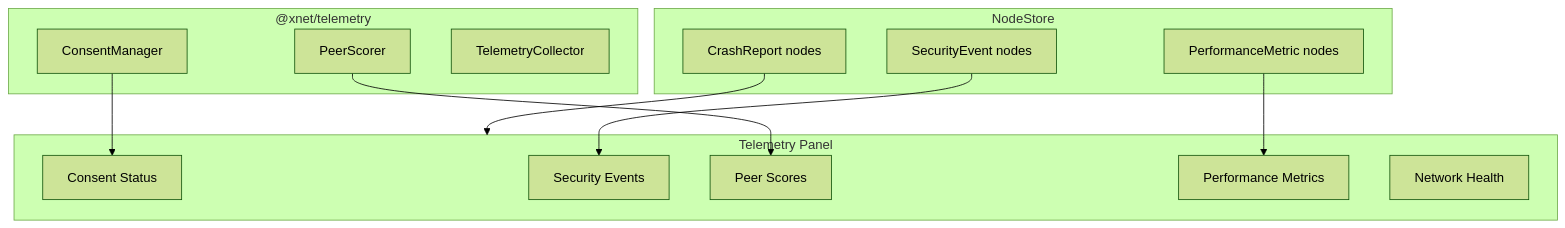
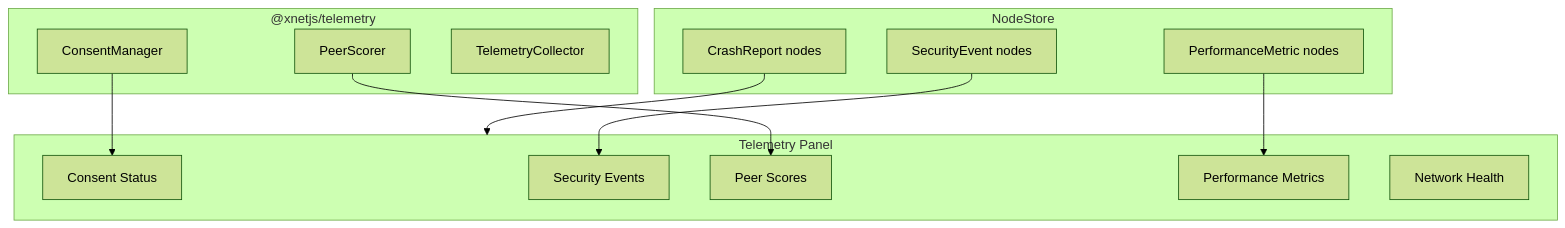
One commit to crs48/xNet changed the diagram in docs/plans/plan03_2_2DevTools/09-telemetry-panel.md. Above: the diagram before and after it, drawn with Mermaid (forest theme). The commit also changed other lines of this file and 980 other files, not shown here.

````diff
--- a/docs/plans/plan03_2_2DevTools/09-telemetry-panel.md
+++ b/docs/plans/plan03_2_2DevTools/09-telemetry-panel.md
@@ -24,28 +24,28 @@
 ```mermaid
 flowchart TB
-    subgraph TelemetryPackage["@xnet/telemetry"]
+    subgraph TelemetryPackage["@xnetjs/telemetry"]
         Consent["ConsentManager"]
         Scorer["PeerScorer"]
         Collector["TelemetryCollector"]
     end
 
     subgraph Store["NodeStore"]
         SecurityNodes["SecurityEvent nodes"]
         PerfNodes["PerformanceMetric nodes"]
         CrashNodes["CrashReport nodes"]
     end
 
     subgraph Panel["Telemetry Panel"]
         ConsentUI["Consent Status"]
         SecurityUI["Security Events"]
         PeerScoreUI["Peer Scores"]
         PerfUI["Performance Metrics"]
         HealthUI["Network Health"]
     end
 
     Consent --> ConsentUI
     Scorer --> PeerScoreUI
     SecurityNodes --> SecurityUI
     PerfNodes --> PerfUI
     CrashNodes --> Panel
 ```
````
